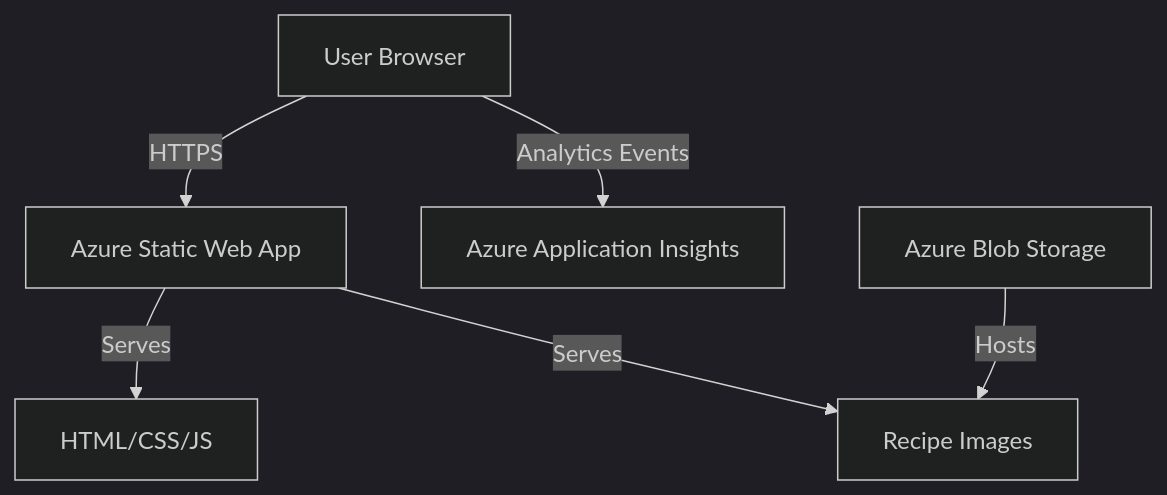
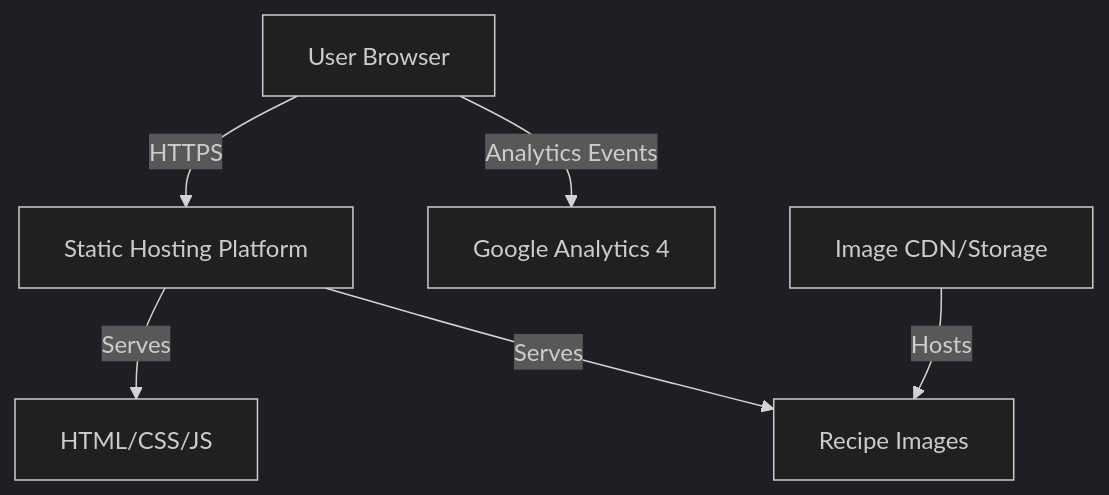
The diagram in .kiro/specs/recipe-website/design.md (psticea/cookingbook), drawn with Mermaid (dark theme) before and after one commit. The commit also changed other lines of this file and 3 other files, not shown here.

````diff
--- a/.kiro/specs/recipe-website/design.md
+++ b/.kiro/specs/recipe-website/design.md
@@ -19,13 +19,13 @@
 ```mermaid
 graph TB
     User[User Browser]
-    StaticApp[Azure Static Web App]
-    Insights[Azure Application Insights]
-    Storage[Azure Blob Storage]
+    StaticHost[Static Hosting Platform]
+    GA4[Google Analytics 4]
+    CDN[Image CDN/Storage]
     
-    User -->|HTTPS| StaticApp
-    StaticApp -->|Serves| HTML[HTML/CSS/JS]
-    StaticApp -->|Serves| Images[Recipe Images]
-    User -->|Analytics Events| Insights
-    Storage -->|Hosts| Images
+    User -->|HTTPS| StaticHost
+    StaticHost -->|Serves| HTML[HTML/CSS/JS]
+    StaticHost -->|Serves| Images[Recipe Images]
+    User -->|Analytics Events| GA4
+    CDN -->|Hosts| Images
 ```
````
